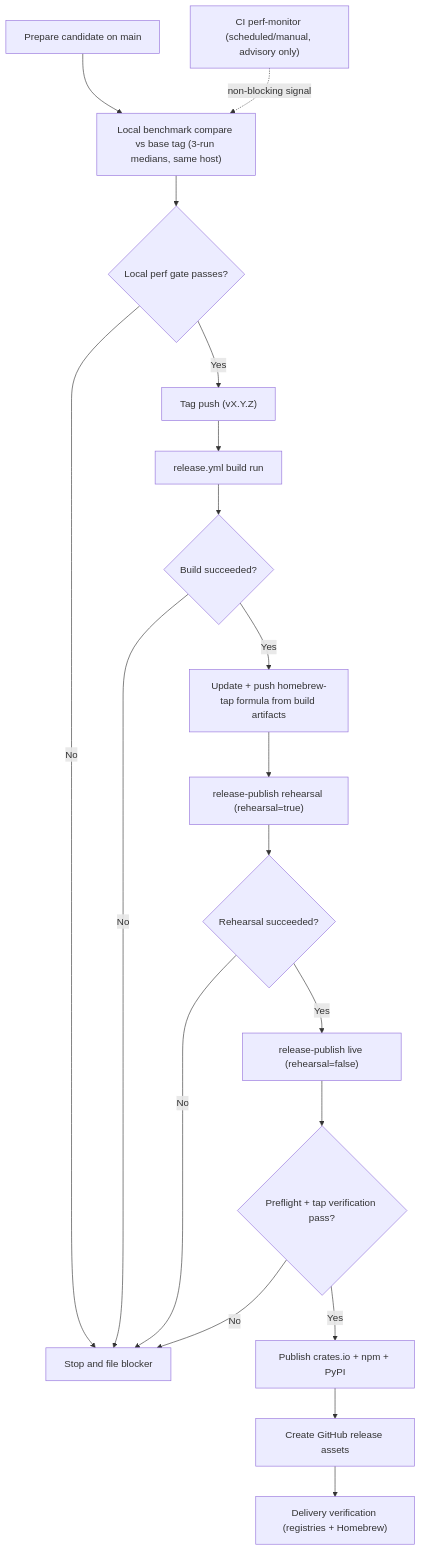
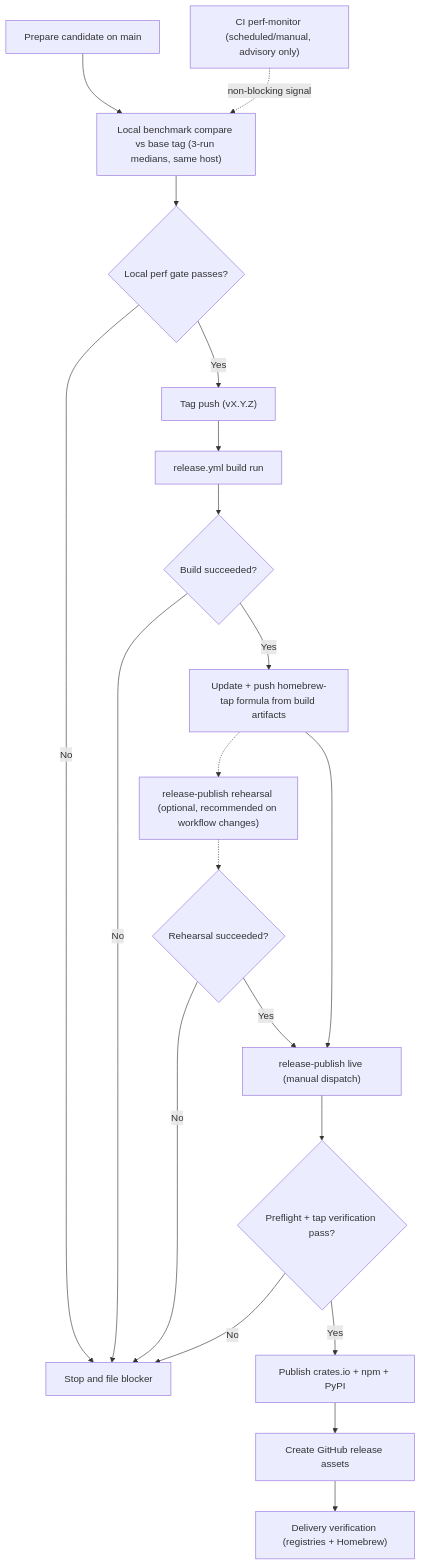
Before and after one commit to sandover/plasmite: the diagram in docs/record/releasing.md, drawn with Mermaid. The commit also changed other lines of this file, not shown here.

Commit message:
docs(releasing): align with current release skill state
- Remove references to non-existent references/ subdirectory files
- Update publish stage description to note manual-dispatch-only
- Make rehearsal step optional (dashed) in workflow diagram
- Remove non-existent allow_partial_release parameter from command

Amp-Thread-ID: https://ampcode.com/threads/T-019c4d3e-aa4f-7714-ac09-9f2a2115346b

````diff
--- a/docs/record/releasing.md
+++ b/docs/record/releasing.md
@@ -112,21 +109,22 @@
 ```mermaid
 flowchart TD
     A["Prepare candidate on main"] --> A1["Local benchmark compare vs base tag (3-run medians, same host)"]
     A1 --> A2{"Local perf gate passes?"}
     A2 -- "No" --> X["Stop and file blocker"]
     A2 -- "Yes" --> B["Tag push (vX.Y.Z)"]
     B --> C["release.yml build run"]
     C --> D{"Build succeeded?"}
     D -- "No" --> X
     D -- "Yes" --> E["Update + push homebrew-tap formula from build artifacts"]
-    E --> F["release-publish rehearsal (rehearsal=true)"]
-    F --> G{"Rehearsal succeeded?"}
+    E -.-> F["release-publish rehearsal (optional, recommended on workflow changes)"]
+    F -.-> G{"Rehearsal succeeded?"}
     G -- "No" --> X
-    G -- "Yes" --> H["release-publish live (rehearsal=false)"]
+    E --> H["release-publish live (manual dispatch)"]
+    G -- "Yes" --> H
     H --> I{"Preflight + tap verification pass?"}
     I -- "No" --> X
     I -- "Yes" --> J["Publish crates.io + npm + PyPI"]
     J --> K["Create GitHub release assets"]
     K --> L["Delivery verification (registries + Homebrew)"]
     M["CI perf-monitor (scheduled/manual, advisory only)"] -. "non-blocking signal" .-> A1
 ```
````
